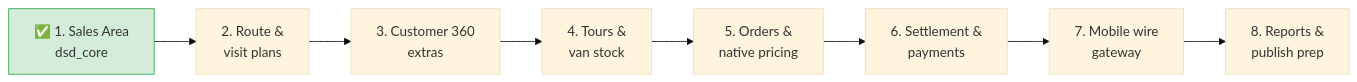
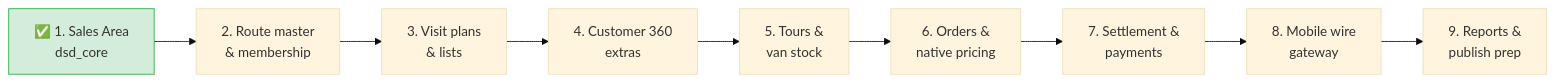
The diagram in docs/issues/01-implementation-plan.md (omidcsh/odoo-dsd), drawn with Mermaid (base theme) before and after one commit. The commit also changed other lines of this file, not shown here.

Commit message:
docs(plan): roadmap renumbered — visit plans split into own step (now 9 steps)

````diff
--- a/docs/issues/01-implementation-plan.md
+++ b/docs/issues/01-implementation-plan.md
@@ -37,13 +37,14 @@
 ```mermaid
 flowchart LR
     S1["✅ 1. Sales Area<br/>dsd_core"]
-    S2["2. Route &<br/>visit plans"]
-    S3["3. Customer 360<br/>extras"]
-    S4["4. Tours &<br/>van stock"]
-    S5["5. Orders &<br/>native pricing"]
-    S6["6. Settlement &<br/>payments"]
-    S7["7. Mobile wire<br/>gateway"]
-    S8["8. Reports &<br/>publish prep"]
-    S1 --> S2 --> S3 --> S4 --> S5 --> S6 --> S7 --> S8
+    S2["2. Route master<br/>& membership"]
+    S3["3. Visit plans<br/>& lists"]
+    S4["4. Customer 360<br/>extras"]
+    S5["5. Tours &<br/>van stock"]
+    S6["6. Orders &<br/>native pricing"]
+    S7["7. Settlement &<br/>payments"]
+    S8["8. Mobile wire<br/>gateway"]
+    S9["9. Reports &<br/>publish prep"]
+    S1 --> S2 --> S3 --> S4 --> S5 --> S6 --> S7 --> S8 --> S9
     style S1 fill:#d4edda,stroke:#28a745
 ```
````
